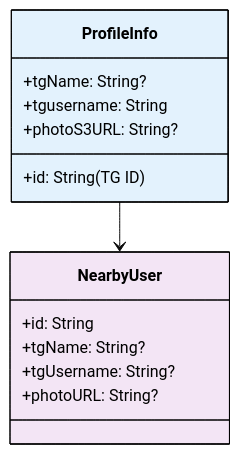
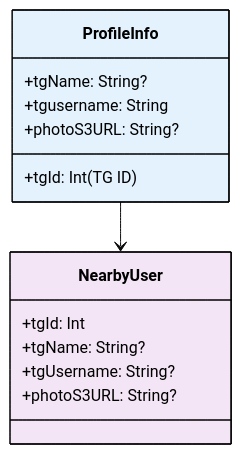
The fifth of 12 diagrams in WHITEPAPER.md (hiTechTeam/Telescan-iOS), drawn with Mermaid (base theme) before and after one commit. The commit also changed other lines of this file and 13 other files, not shown here.

````diff
--- a/WHITEPAPER.md
+++ b/WHITEPAPER.md
@@ -204,21 +204,21 @@
 ```mermaid
 classDiagram
     class ProfileInfo {
-        +id: String (TG ID)
+        +tgId: Int (TG ID)
         +tgName: String?
         +tgusername: String
         +photoS3URL: String?
     }
 
     class NearbyUser {
-        +id: String
+        +tgId: Int
         +tgName: String?
         +tgUsername: String?
-        +photoURL: String?
+        +photoS3URL: String?
     }
 
     ProfileInfo --> NearbyUser
 
     style ProfileInfo fill:#e3f2fd,stroke:#000,color:#000
     style NearbyUser fill:#f3e5f5,stroke:#000,color:#000
 ```
````
